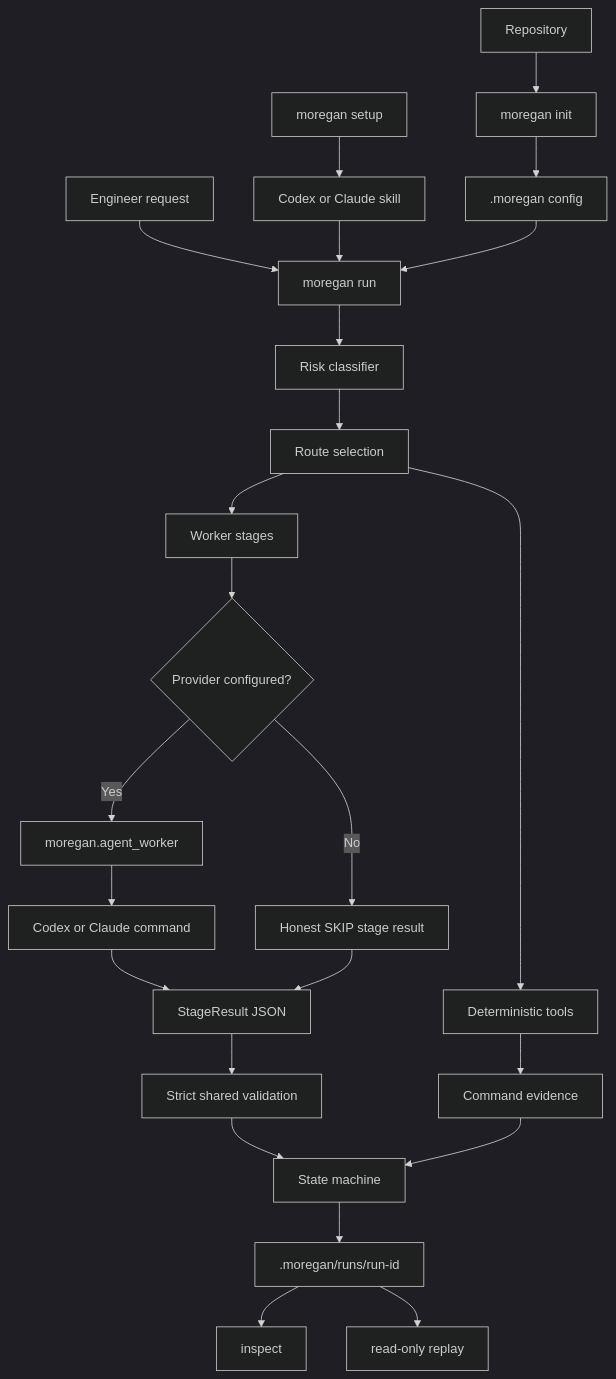
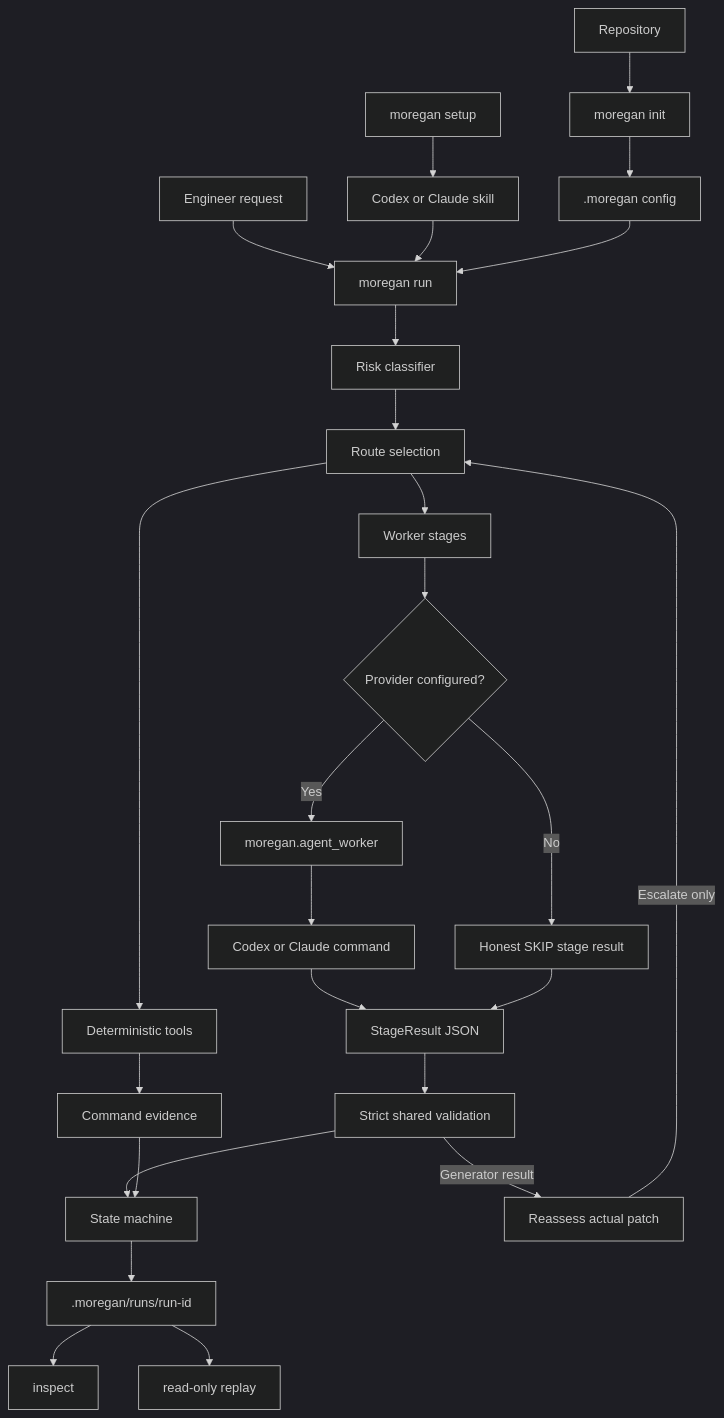
Before and after one commit to suyesh/moregan: the diagram in README.md, drawn with Mermaid (dark theme). The commit also changed other lines of this file and 23 other files, not shown here.

Commit message:
Reassess generated patch risk and preserve review attempts

````diff
--- a/README.md
+++ b/README.md
@@ -35,30 +35,32 @@
 ```mermaid
 flowchart TD
   Setup[moregan setup] --> Skill[Codex or Claude skill]
   Repo[Repository] --> Init[moregan init]
   Init --> Config[.moregan config]
   Request[Engineer request] --> Runtime[moregan run]
   Skill --> Runtime
   Config --> Runtime
 
   Runtime --> Risk[Risk classifier]
   Risk --> Route[Route selection]
 
   Route --> Workers[Worker stages]
   Workers --> Adapter{Provider configured?}
   Adapter -->|No| DryRun[Honest SKIP stage result]
   Adapter -->|Yes| AgentWorker[moregan.agent_worker]
   AgentWorker --> Provider[Codex or Claude command]
   Provider --> StageResult[StageResult JSON]
   DryRun --> StageResult
 
   Route --> Tools[Deterministic tools]
   Tools --> Evidence[Command evidence]
 
   StageResult --> Validation[Strict shared validation]
   Validation --> State[State machine]
+  Validation -->|Generator result| Reassess[Reassess actual patch]
+  Reassess -->|Escalate only| Route
   Evidence --> State
   State --> Trace[.moregan/runs/run-id]
   Trace --> Inspect[inspect]
   Trace --> Replay[read-only replay]
 ```
````
